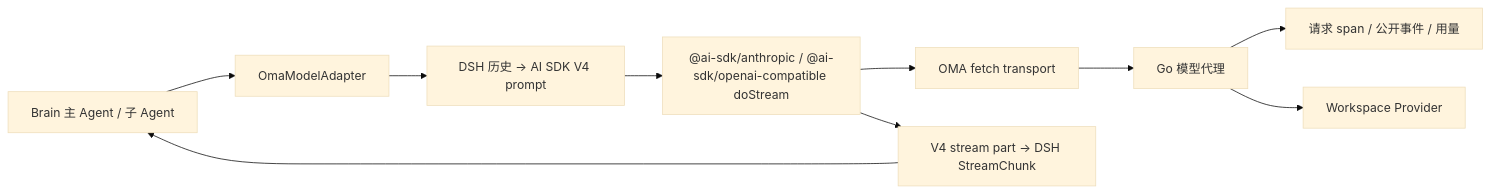
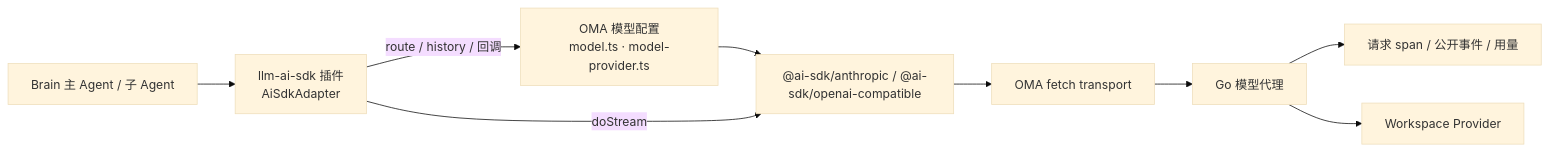
One commit to superduck-ai/open-managed-agents changed the second of 2 diagrams in docs/design/be/brain-runtime.md. Above: the diagram before and after it, drawn with Mermaid (base theme). The commit also changed other lines of this file and 12 other files, not shown here.

First line of the commit message:
refactor(brain): extract AI SDK translation into a DSH plugin

````diff
--- a/docs/design/be/brain-runtime.md
+++ b/docs/design/be/brain-runtime.md
@@ -114,12 +114,11 @@
 ```mermaid
 flowchart LR
-    Runtime[Brain 主 Agent / 子 Agent] --> OMA[OmaModelAdapter]
-    OMA --> Prompt[DSH 历史 → AI SDK V4 prompt]
-    Prompt --> SDK["@ai-sdk/anthropic / @ai-sdk/openai-compatible doStream"]
+    Runtime[Brain 主 Agent / 子 Agent] --> Adapter["llm-ai-sdk 插件<br/>AiSdkAdapter"]
+    Adapter -- route / history / 回调 --> OMA["OMA 模型配置<br/>model.ts · model-provider.ts"]
+    OMA --> SDK["@ai-sdk/anthropic / @ai-sdk/openai-compatible"]
+    Adapter -- doStream --> SDK
     SDK --> Transport[OMA fetch transport]
     Transport --> Proxy[Go 模型代理]
     Proxy --> Lifecycle[请求 span / 公开事件 / 用量]
     Proxy --> Provider[Workspace Provider]
-    SDK --> Stream[V4 stream part → DSH StreamChunk]
-    Stream --> Runtime
 ```
````
